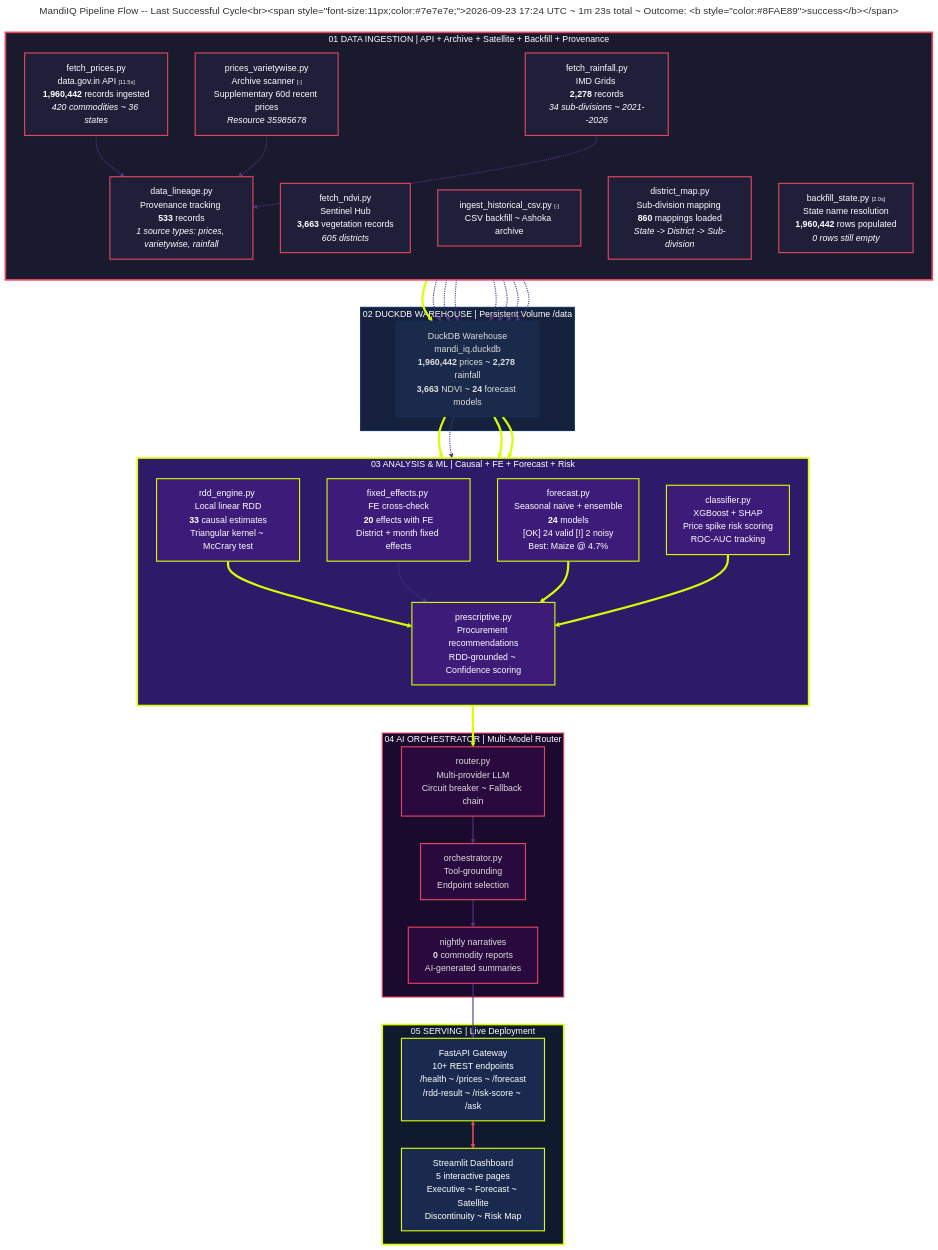
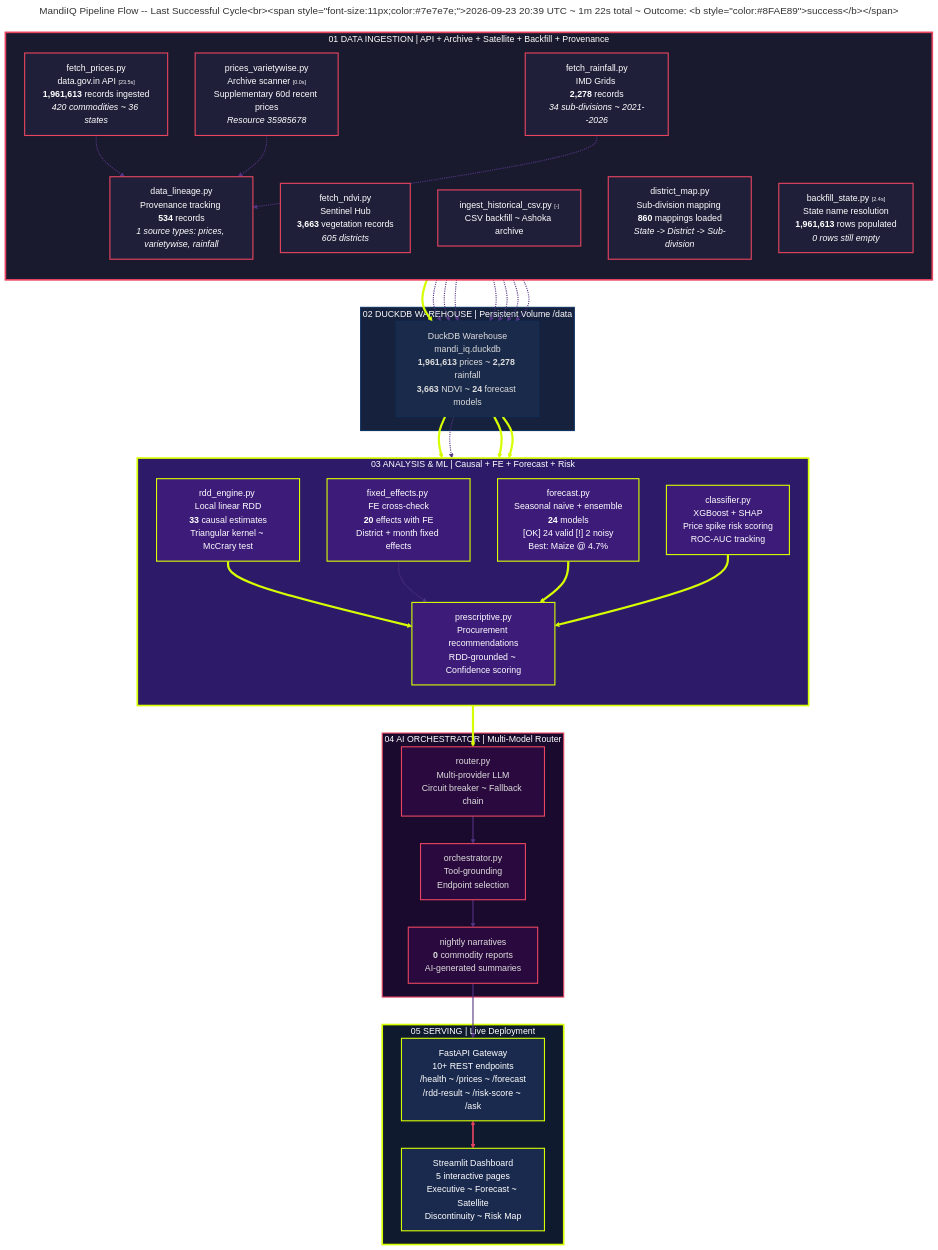
One commit to flawsom/test-mandi changed the diagram in diagrams/pipeline-flow-live.mmd. Above: the diagram before and after it, drawn with Mermaid. The commit also changed 6 other files, not shown here.

```diff
--- a/diagrams/pipeline-flow-live.mmd
+++ b/diagrams/pipeline-flow-live.mmd
@@ -1,139 +1,139 @@
 ---
-title: "MandiIQ Pipeline Flow -- Last Successful Cycle<br/><span style='font-size:11px;color:#7e7e7e;'>2026-09-23 17:24 UTC ~ 1m 23s total ~ Outcome: <b style='color:#8FAE89'>success</b></span>"
+title: "MandiIQ Pipeline Flow -- Last Successful Cycle<br/><span style='font-size:11px;color:#7e7e7e;'>2026-09-23 20:39 UTC ~ 1m 22s total ~ Outcome: <b style='color:#8FAE89'>success</b></span>"
 ---
 %%{init: {
   "theme": "dark",
   "themeVariables": {
     "primaryColor": "#1a1a2e",
     "primaryTextColor": "#ffffff",
     "primaryBorderColor": "#d7ff00",
     "lineColor": "#d7ff00",
     "secondaryColor": "#16213e",
     "tertiaryColor": "#0f3460",
     "mainBkg": "#0d0d1a",
     "nodeBorder": "#533483",
     "clusterBkg": "#0a0a12",
     "clusterBorder": "#2a2a4a",
     "titleColor": "#d7ff00",
     "edgeLabelBackground": "#0d0d1a",
     "nodeTextColor": "#ffffff",
     "fontFamily": "\"Space Grotesk\", \"Inter\", sans-serif"
   },
   "flowchart": {
     "useMaxWidth": true,
     "htmlLabels": true,
     "curve": "basis",
     "padding": 20
   }
 }%%
 flowchart TD
     %% Stage 1: DATA INGESTION
     subgraph S1["01 DATA INGESTION  | API + Archive + Satellite + Backfill + Provenance"]
         direction TB
-        A1["fetch_prices.py<br/>data.gov.in API <span style='color:#7e7e7e;font-size:10px;'>[11.5s]</span><br/><b>1,960,442</b> records ingested<br/><i>420 commodities ~ 36 states</i>"]
-        A2["prices_varietywise.py<br/>Archive scanner <span style='color:#7e7e7e;font-size:10px;'>[-]</span><br/>Supplementary 60d recent prices<br/><i>Resource 35985678</i>"]
+        A1["fetch_prices.py<br/>data.gov.in API <span style='color:#7e7e7e;font-size:10px;'>[23.5s]</span><br/><b>1,961,613</b> records ingested<br/><i>420 commodities ~ 36 states</i>"]
+        A2["prices_varietywise.py<br/>Archive scanner <span style='color:#7e7e7e;font-size:10px;'>[0.0s]</span><br/>Supplementary 60d recent prices<br/><i>Resource 35985678</i>"]
         A3["fetch_rainfall.py<br/>IMD Grids <br/><b>2,278</b> records<br/><i>34 sub-divisions ~ 2021--2026</i>"]
         A4["fetch_ndvi.py<br/>Sentinel Hub <br/><b>3,663</b> vegetation records<br/><i>605 districts</i>"]
         A5["ingest_historical_csv.py <span style='color:#7e7e7e;font-size:10px;'>[-]</span><br/>CSV backfill ~ Ashoka archive"]
         A6["district_map.py<br/>Sub-division mapping <br/><b>860</b> mappings loaded<br/><i>State -> District -> Sub-division</i>"]
-        A7["backfill_state.py <span style='color:#7e7e7e;font-size:10px;'>[2.0s]</span><br/>State name resolution<br/><b>1,960,442</b> rows populated<br/><i>0 rows still empty</i>"]
-        A8["data_lineage.py<br/>Provenance tracking <br/><b>533</b> records<br/><i>1 source types: prices, varietywise, rainfall</i>"]
+        A7["backfill_state.py <span style='color:#7e7e7e;font-size:10px;'>[2.4s]</span><br/>State name resolution<br/><b>1,961,613</b> rows populated<br/><i>0 rows still empty</i>"]
+        A8["data_lineage.py<br/>Provenance tracking <br/><b>534</b> records<br/><i>1 source types: prices, varietywise, rainfall</i>"]
     end
 
     %% Stage 2: DUCKDB WAREHOUSE
     subgraph S2["02 DUCKDB WAREHOUSE  | Persistent Volume /data"]
-        B1["DuckDB Warehouse<br/>mandi_iq.duckdb<br/><b>1,960,442</b> prices ~ <b>2,278</b> rainfall<br/><b>3,663</b> NDVI ~ <b>24</b> forecast models"]
+        B1["DuckDB Warehouse<br/>mandi_iq.duckdb<br/><b>1,961,613</b> prices ~ <b>2,278</b> rainfall<br/><b>3,663</b> NDVI ~ <b>24</b> forecast models"]
     end
 
     %% Stage 3: ANALYSIS & ML
     subgraph S3["03 ANALYSIS & ML  | Causal + FE + Forecast + Risk"]
         direction TB
         C1["rdd_engine.py <br/>Local linear RDD<br/><b>33</b> causal estimates<br/>Triangular kernel ~ McCrary test"]
         C2["fixed_effects.py <br/>FE cross-check<br/><b>20</b> effects with FE<br/>District + month fixed effects"]
         C3["forecast.py <br/>Seasonal naive + ensemble<br/><b>24</b> models<br/><span style='color:#8FAE89'>[OK] 24 valid</span> <span style='color:#D9663B'>[!] 2 noisy</span><br/>Best: Maize @ 4.7%"]
         C4["classifier.py <br/>XGBoost + SHAP<br/>Price spike risk scoring<br/>ROC-AUC tracking"]
         C5["prescriptive.py<br/>Procurement recommendations<br/>RDD-grounded ~ Confidence scoring"]
     end
 
     %% Stage 4: AI ORCHESTRATOR
     subgraph S4["04 AI ORCHESTRATOR  | Multi-Model Router"]
         D1["router.py<br/>Multi-provider LLM<br/>Circuit breaker ~ Fallback chain"]
         D2["orchestrator.py<br/>Tool-grounding<br/>Endpoint selection"]
         D3["nightly narratives<br/><b>0</b> commodity reports<br/>AI-generated summaries"]
     end
 
     %% Stage 5: SERVING
     subgraph S5["05 SERVING  | Live Deployment"]
         E1["FastAPI Gateway<br/>10+ REST endpoints<br/>/health ~ /prices ~ /forecast<br/>/rdd-result ~ /risk-score ~ /ask"]
         E2["Streamlit Dashboard<br/>5 interactive pages<br/>Executive ~ Forecast ~ Satellite<br/>Discontinuity ~ Risk Map"]
     end
 
     %% Main flow: ingestion -> warehouse
     A1 ==> B1
     A2 -.-> B1
     A3 -.-> B1
     A4 -.-> B1
     A5 -.-> B1
     A6 -.-> B1
     A7 -.-> B1
 
     %% Main flow: ingestion -> provenance tracking
     A1 -.-> A8
     A2 -.-> A8
     A3 -.-> A8
     A8 -.-> B1
 
     %% Main flow: warehouse -> analysis
     B1 ==> C1
     B1 -.-> C2
     B1 ==> C3
     B1 ==> C4
 
     %% Main flow: analysis -> prescriptive -> AI
     C1 ==> C5
     C2 -.-> C5
     C3 ==> C5
     C4 ==> C5
 
     C5 ==> D1
     D1 ==> D2
     D2 ==> D3
     D3 ==> E1
 
     E1 <==> E2
 
     %% Edge styling: thick = primary path
     linkStyle 0,11,13,14,15,17,18,19 stroke-width:4px,stroke:#d7ff00,fill:none
     linkStyle 1,2,3,4,5,6,7,8,9,10,12,16,20,21,22 stroke-width:2px,stroke:#533483,fill:none
     linkStyle 23 stroke-width:3px,stroke:#e94560,fill:none
 
     %% Stage classes
     classDef stage1 fill:#1a1a2e,stroke:#e94560,stroke-width:3px,color:#fff
     classDef stage1Node fill:#1f1f3a,stroke:#e94560,stroke-width:2px,color:#fff
 
     classDef stage2 fill:#16213e,stroke:#0f3460,stroke-width:2px,color:#fff
     classDef stage2Node fill:#1a2a4a,stroke:#0f3460,stroke-width:1px,color:#ddd
 
     classDef stage3 fill:#2d1b69,stroke:#d7ff00,stroke-width:3px,color:#fff
     classDef stage3Node fill:#3d1b79,stroke:#d7ff00,stroke-width:2px,color:#fff
 
     classDef stage4 fill:#1a0a2e,stroke:#e94560,stroke-width:2px,color:#fff
     classDef stage4Node fill:#2a0a3e,stroke:#e94560,stroke-width:2px,color:#ddd
 
     classDef stage5 fill:#0f1a2e,stroke:#d7ff00,stroke-width:3px,color:#fff
     classDef stage5Node fill:#1a2a4e,stroke:#d7ff00,stroke-width:2px,color:#fff
 
     class S1 stage1
     class A1,A2,A3,A4,A5,A6,A7,A8 stage1Node
 
     class S2 stage2
     class B1 stage2Node
 
     class S3 stage3
     class C1,C2,C3,C4,C5 stage3Node
 
     class S4 stage4
     class D1,D2,D3 stage4Node
 
     class S5 stage5
     class E1,E2 stage5Node
```
